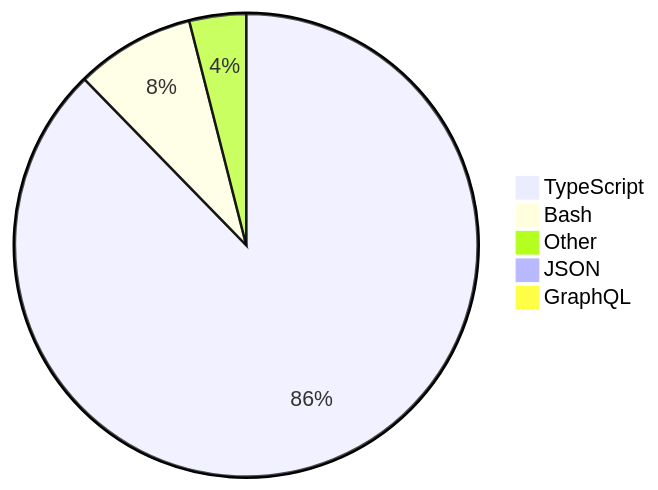
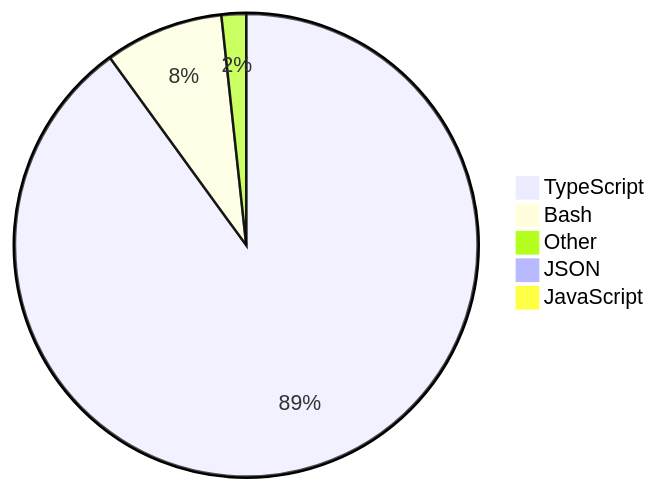
One commit to skvggor/skvggor changed the diagram in README.md. Above: the diagram before and after it, drawn with Mermaid.

Commit message:
Updated waka-readme graph with new metrics

````diff
--- a/README.md
+++ b/README.md
@@ -14,8 +14,8 @@
 ```mermaid
 pie
-    "TypeScript" : 86.3
+    "TypeScript" : 89.1
     "Bash" : 8.2
-    "Other" : 3.9
+    "Other" : 1.7
     "JSON" : 0.9
-    "GraphQL" : 0.7
+    "JavaScript" : 0.1
 ```
````
